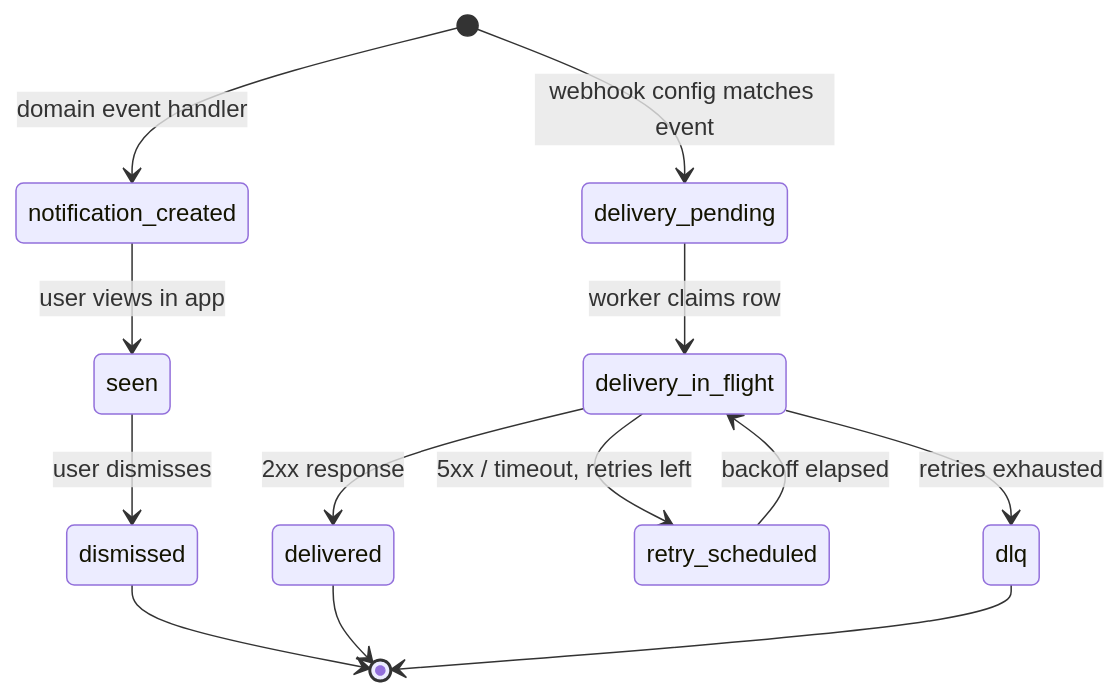
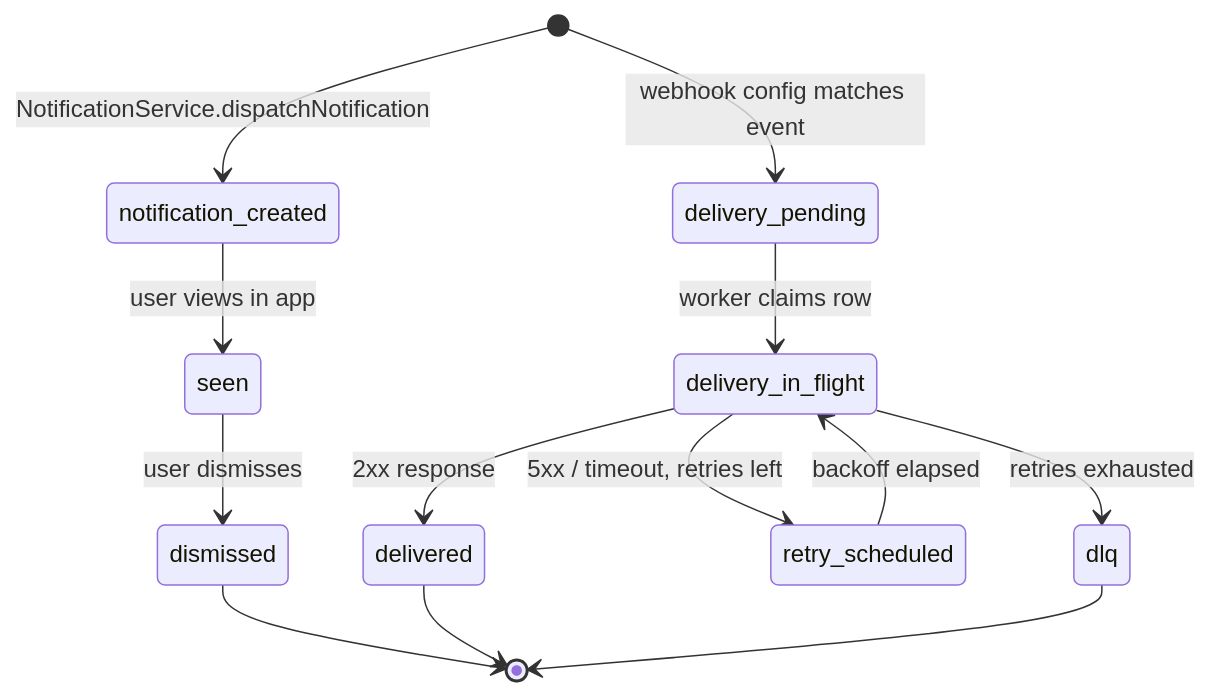
Before and after one commit to nikunjmavani/core-be: the diagram in src/domains/notify/notify.overview.md, drawn with Mermaid. The commit also changed other lines of this file and 8 other files, not shown here.

````diff
--- a/src/domains/notify/notify.overview.md
+++ b/src/domains/notify/notify.overview.md
@@ -53,15 +54,15 @@
 ```mermaid
 stateDiagram-v2
-  [*] --> notification_created: domain event handler
+  [*] --> notification_created: NotificationService.dispatchNotification
   notification_created --> seen: user views in app
   seen --> dismissed: user dismisses
   dismissed --> [*]
   [*] --> delivery_pending: webhook config matches event
   delivery_pending --> delivery_in_flight: worker claims row
   delivery_in_flight --> delivered: 2xx response
   delivery_in_flight --> retry_scheduled: 5xx / timeout, retries left
   retry_scheduled --> delivery_in_flight: backoff elapsed
   delivery_in_flight --> dlq: retries exhausted
   delivered --> [*]
   dlq --> [*]
 ```
````
